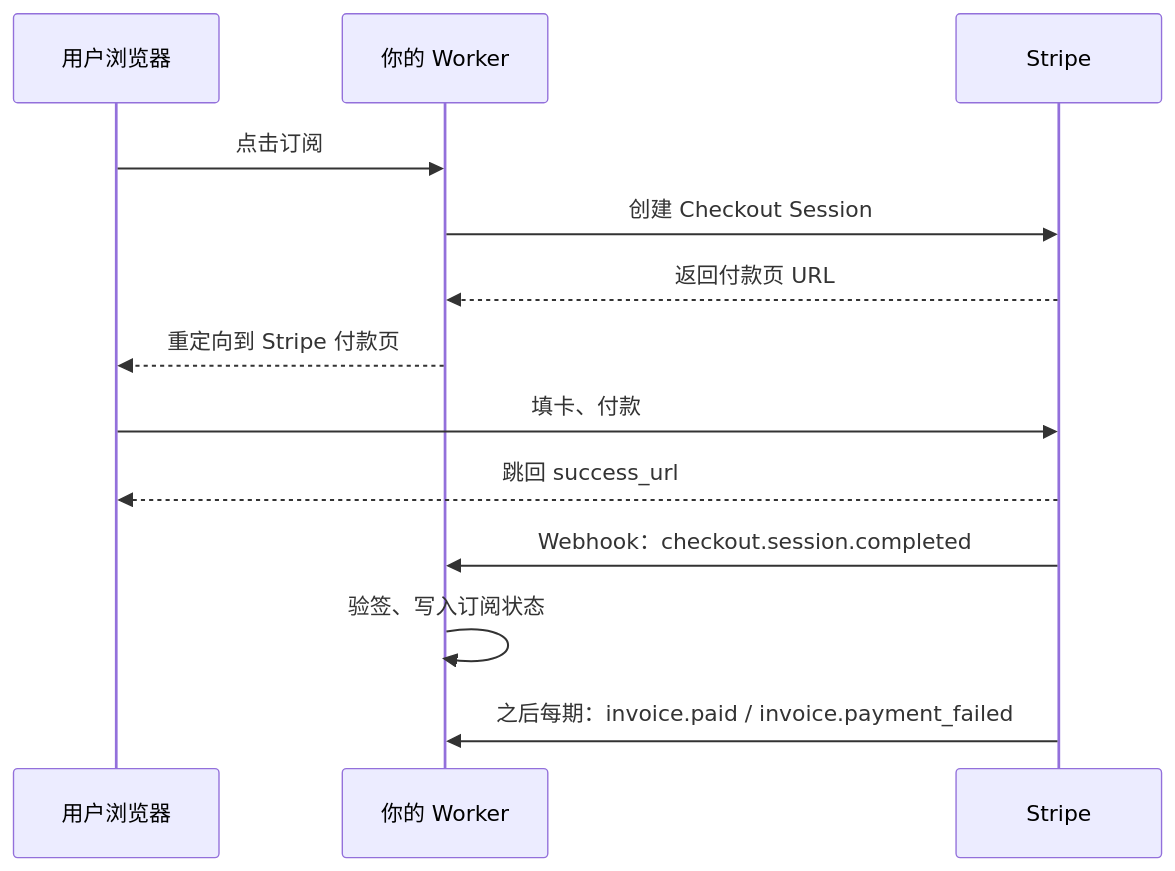
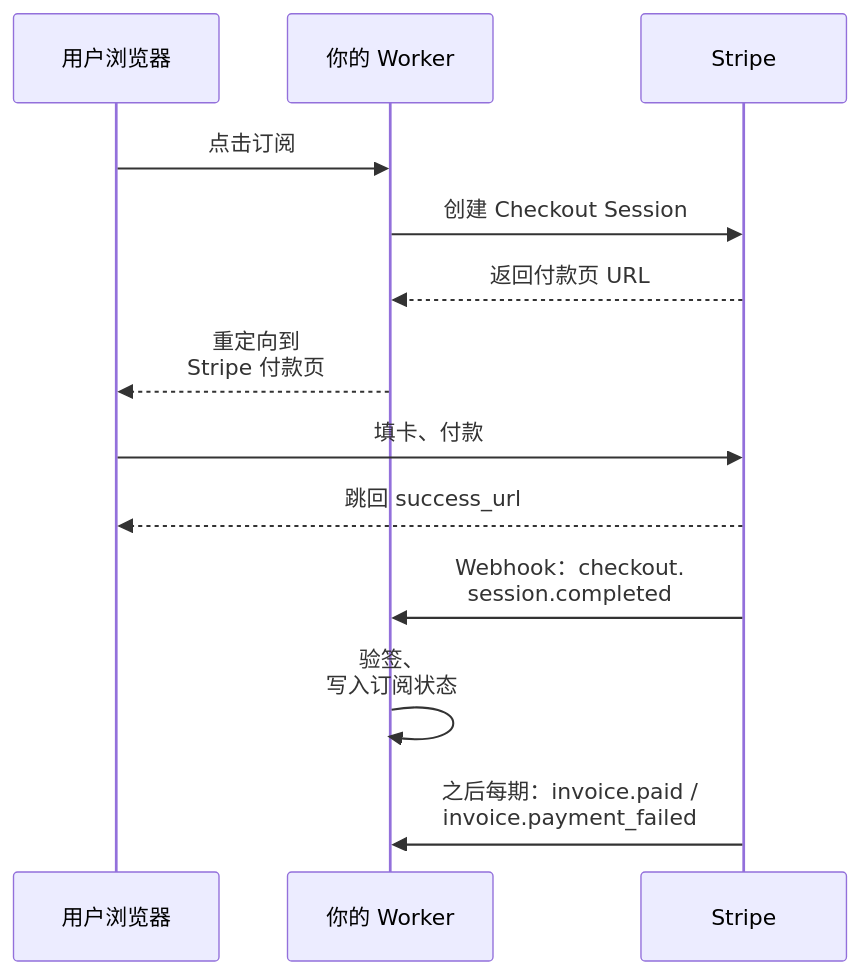
Before and after one commit to jarvis-pro/hatch-shelf: the second of 3 diagrams in books/going-global/03-stripe-payments.md, drawn with Mermaid. The commit also changed other lines of this file and 432 other files, not shown here.

````diff
--- a/books/going-global/03-stripe-payments.md
+++ b/books/going-global/03-stripe-payments.md
@@ -65,15 +68,15 @@
 ```mermaid
 sequenceDiagram
   participant U as 用户浏览器
   participant W as 你的 Worker
   participant S as Stripe
   U->>W: 点击订阅
   W->>S: 创建 Checkout Session
   S-->>W: 返回付款页 URL
-  W-->>U: 重定向到 Stripe 付款页
+  W-->>U: 重定向到<br/>Stripe 付款页
   U->>S: 填卡、付款
   S-->>U: 跳回 success_url
-  S->>W: Webhook：checkout.session.completed
-  W->>W: 验签、写入订阅状态
-  S->>W: 之后每期：invoice.paid / invoice.payment_failed
+  S->>W: Webhook：checkout.<br/>session.completed
+  W->>W: 验签、<br/>写入订阅状态
+  S->>W: 之后每期：invoice.paid /<br/>invoice.payment_failed
 ```
````
